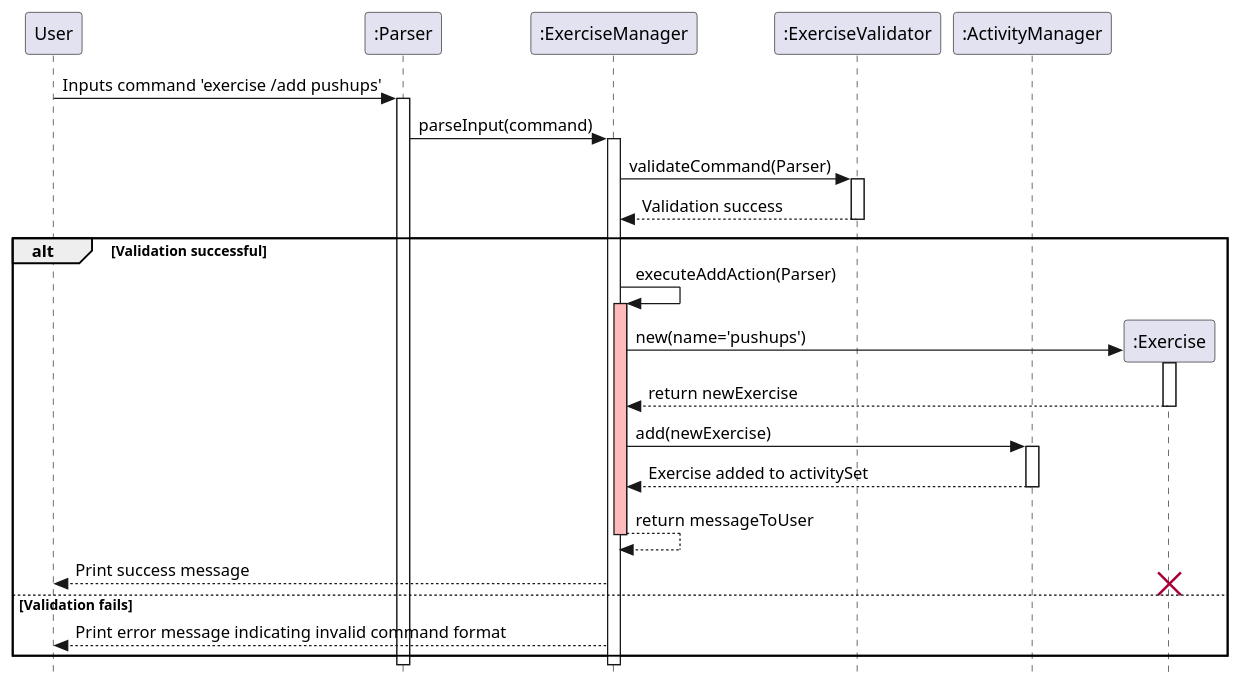
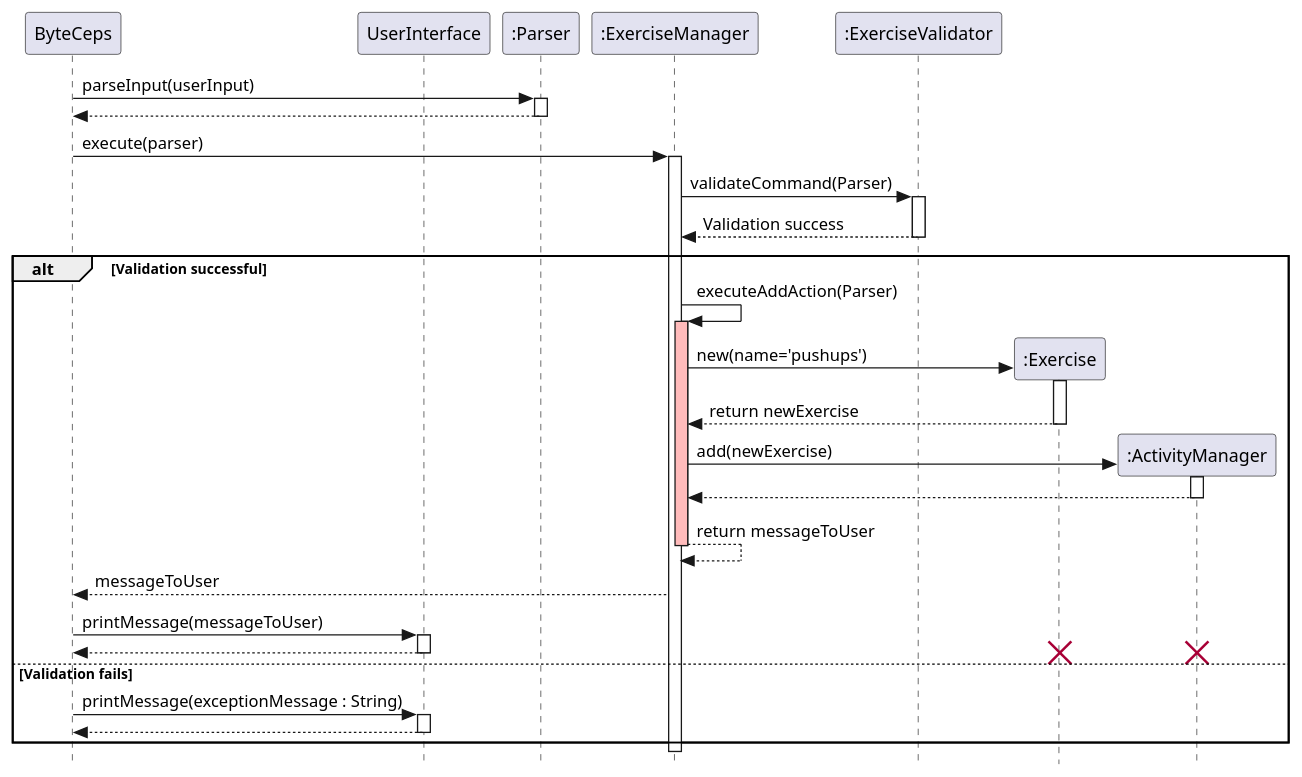
Before and after one commit to joshualeejunyi/tp: the diagram in docs/plantuml/addExercise.puml, drawn with PlantUML. The commit also changed 7 other files, not shown here.

Commit message:
Modify sequence diagrams

```diff
--- a/docs/plantuml/addExercise.puml
+++ b/docs/plantuml/addExercise.puml
@@ -1,51 +1,66 @@
 @startuml SequenceDiagram
 
 skinparam classAttributeIconSize 0
 skinparam style strictuml
-participant User
+
+participant ByteCeps as User
+participant UserInterface
 participant ":Parser" as Parser
 participant ":ExerciseManager" as ExerciseManager
 participant ":ExerciseValidator" as Validator
-participant ":ActivityManager" as ActivityManager
 
-User -> Parser : Inputs command 'exercise /add pushups'
+
+User -> Parser : parseInput(userInput)
 activate Parser
-Parser -> ExerciseManager : parseInput(command)
+User <-- Parser
+deactivate Parser
+
+User -> ExerciseManager : execute(parser)
 activate ExerciseManager
 
 ExerciseManager -> Validator : validateCommand(Parser)
 activate Validator
 Validator --> ExerciseManager : Validation success
 deactivate Validator
 
 alt Validation successful
 
     ExerciseManager -> ExerciseManager : executeAddAction(Parser)
     activate ExerciseManager #FFBBBB
 
     create ":Exercise" as Exercise
     ExerciseManager -> Exercise : new(name='pushups')
     activate Exercise
     Exercise --> ExerciseManager : return newExercise
     deactivate Exercise
 
+    create ":ActivityManager" as ActivityManager
     ExerciseManager -> ActivityManager : add(newExercise)
     activate ActivityManager
-    ActivityManager --> ExerciseManager : Exercise added to activitySet
+    ActivityManager --> ExerciseManager :
     deactivate ActivityManager
+
 
     ExerciseManager --> ExerciseManager : return messageToUser
     deactivate ExerciseManager #FFBBBB
-    ExerciseManager --> User : Print success message
+    ExerciseManager --> User: messageToUser
+    User -> UserInterface: printMessage(messageToUser)
+    activate UserInterface
+    UserInterface --> User
+    deactivate UserInterface
     destroy Exercise
+    destroy ActivityManager
 
 else Validation fails
-    ExerciseManager --> User : Print error message indicating invalid command format
+    User -> UserInterface: printMessage(exceptionMessage : String)
+    activate UserInterface
+    UserInterface --> User:
+    deactivate UserInterface
 end
 
 deactivate ExerciseManager
 deactivate Parser
 
 
 
 @enduml
```
